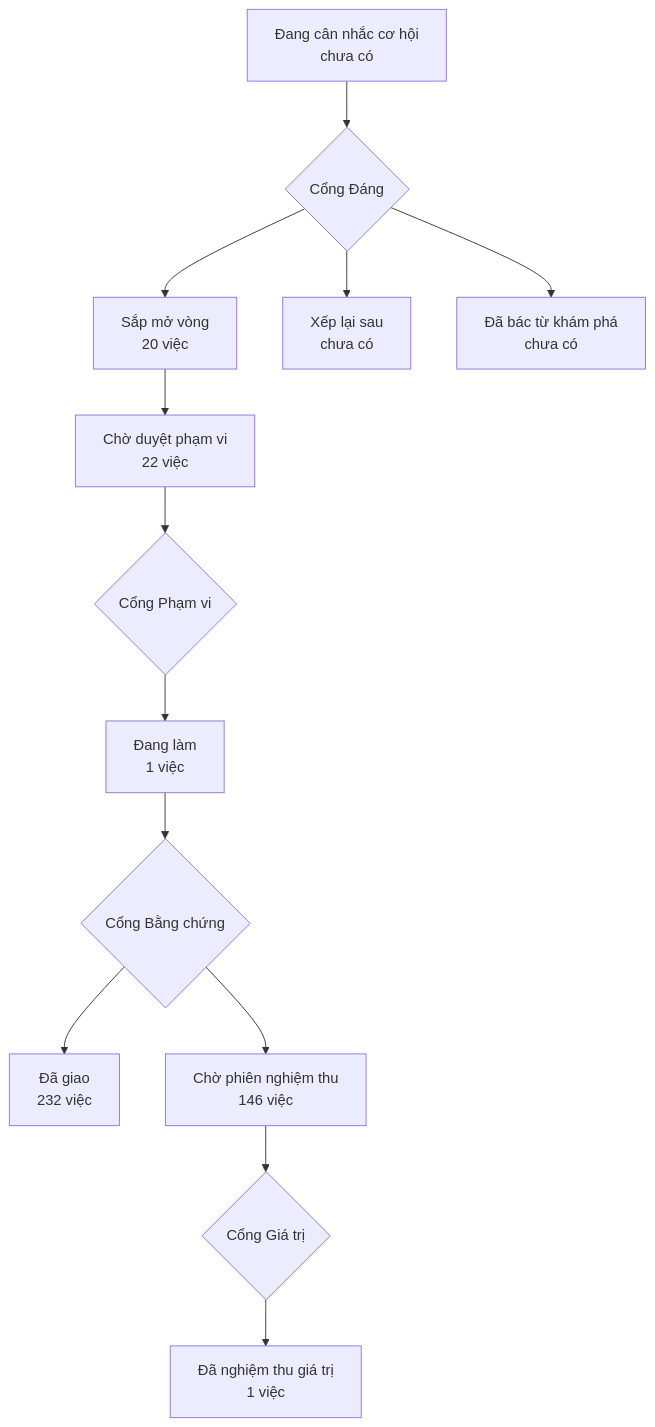
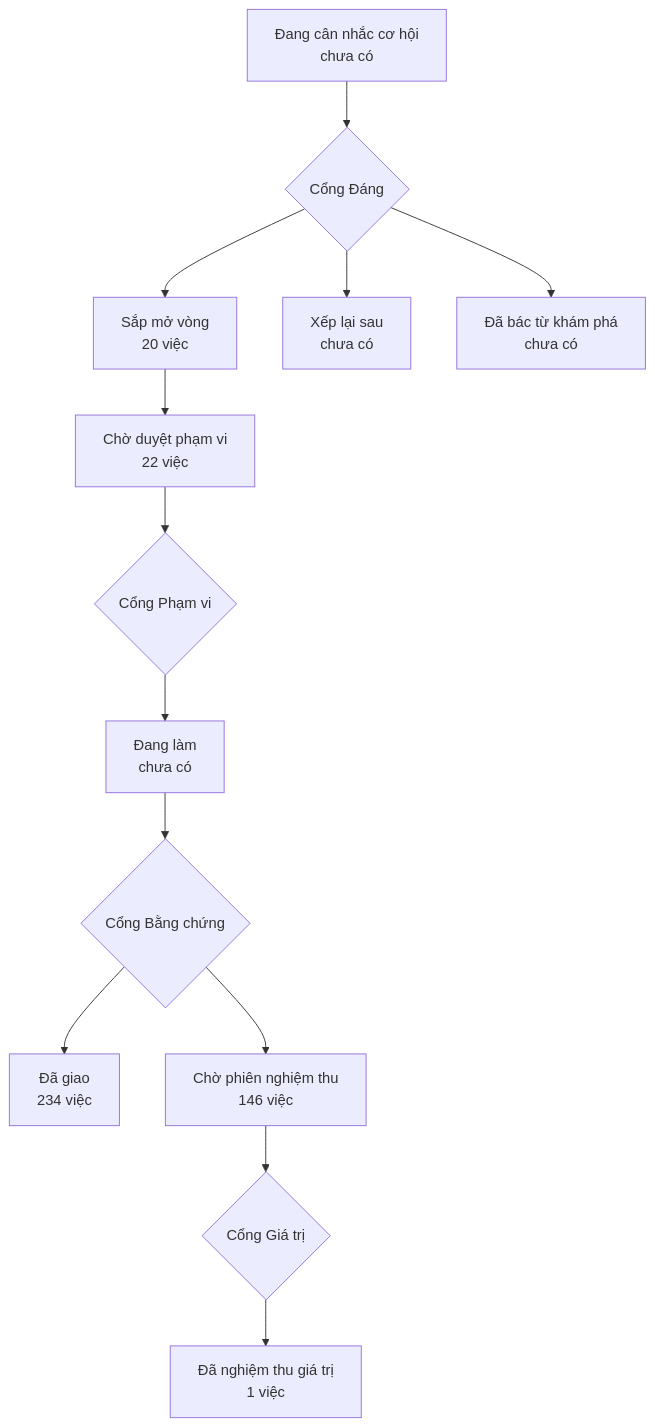
Before and after one commit to phanlemanh/onehub-invest: the diagram in PRODUCT-MAP.md, drawn with Mermaid. The commit also changed other lines of this file and 1 other file, not shown here.

````diff
--- a/PRODUCT-MAP.md
+++ b/PRODUCT-MAP.md
@@ -7,12 +7,12 @@
 ```mermaid
 flowchart TD
   A["Đang cân nhắc cơ hội<br/>chưa có"] --> GD{"Cổng Đáng"}
   GD --> B["Sắp mở vòng<br/>20 việc"]
   GD --> XL["Xếp lại sau<br/>chưa có"]
   GD --> DB["Đã bác từ khám phá<br/>chưa có"]
   B --> CD["Chờ duyệt phạm vi<br/>22 việc"] --> GP{"Cổng Phạm vi"}
-  GP --> DL["Đang làm<br/>1 việc"] --> GB{"Cổng Bằng chứng"}
-  GB --> DG["Đã giao<br/>232 việc"]
+  GP --> DL["Đang làm<br/>chưa có"] --> GB{"Cổng Bằng chứng"}
+  GB --> DG["Đã giao<br/>234 việc"]
   GB --> CN["Chờ phiên nghiệm thu<br/>146 việc"] --> GG{"Cổng Giá trị"}
   GG --> NT["Đã nghiệm thu giá trị<br/>1 việc"]
 ```
````
